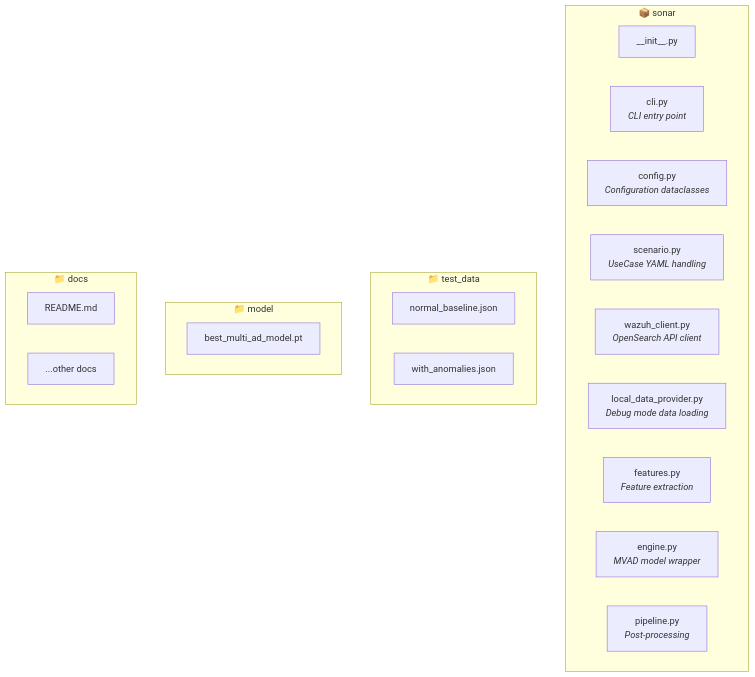
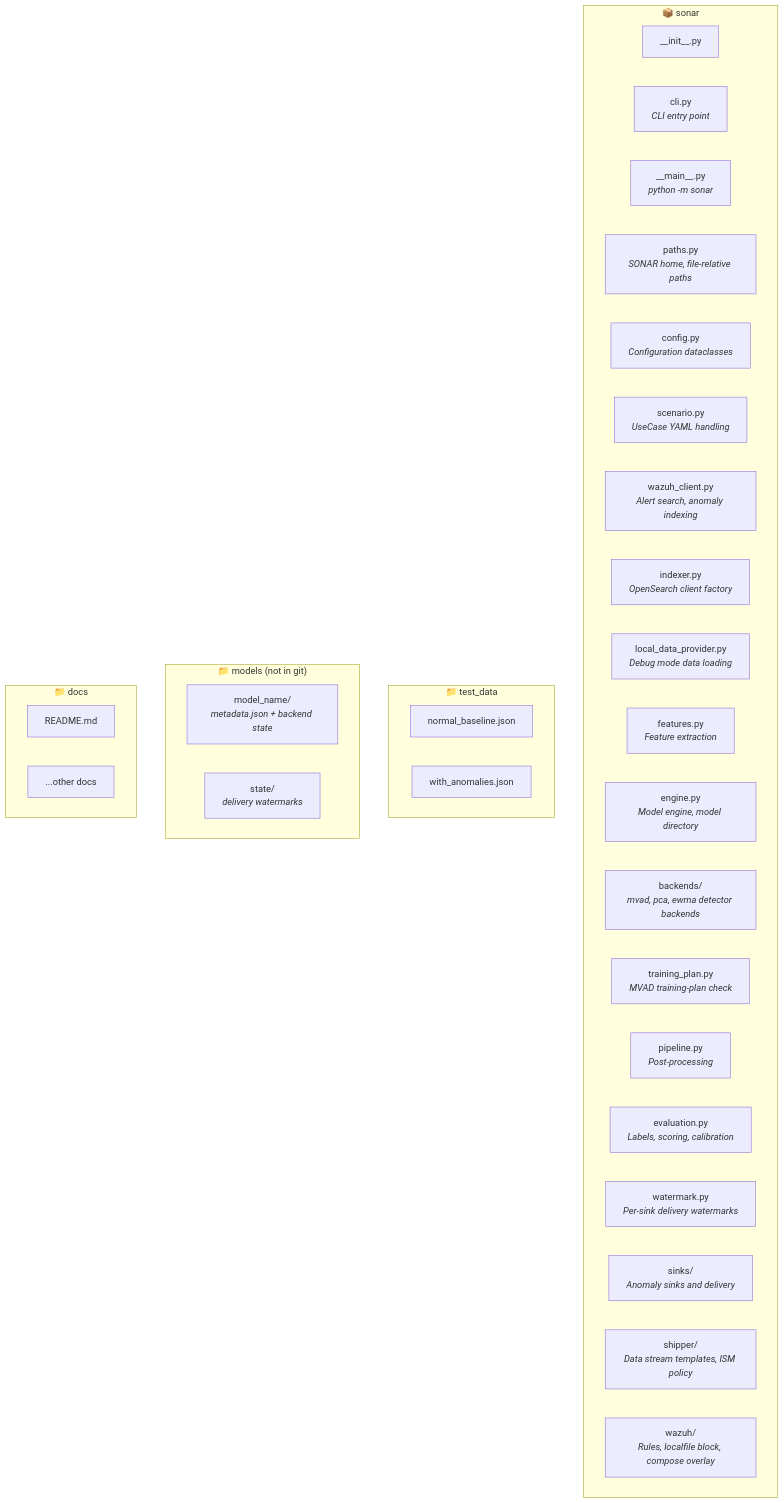
Before and after one commit to AbstractionsLab/idps-escape: the eighth of 9 diagrams in docs/manual/sonar_docs/uml-diagrams.md, drawn with Mermaid. The commit also changed other lines of this file and 682 other files, not shown here.

````diff
--- a/docs/manual/sonar_docs/uml-diagrams.md
+++ b/docs/manual/sonar_docs/uml-diagrams.md
@@ -546,28 +826,39 @@
 ```mermaid
 graph TB
     subgraph sonar["📦 sonar"]
         init["__init__.py"]
         cli["cli.py<br/><i>CLI entry point</i>"]
+        main["__main__.py<br/><i>python -m sonar</i>"]
+        paths["paths.py<br/><i>SONAR home, file-relative paths</i>"]
         config["config.py<br/><i>Configuration dataclasses</i>"]
         scenario["scenario.py<br/><i>UseCase YAML handling</i>"]
-        wazuh["wazuh_client.py<br/><i>OpenSearch API client</i>"]
+        wazuh["wazuh_client.py<br/><i>Alert search, anomaly indexing</i>"]
+        indexer["indexer.py<br/><i>OpenSearch client factory</i>"]
         local["local_data_provider.py<br/><i>Debug mode data loading</i>"]
         features["features.py<br/><i>Feature extraction</i>"]
-        engine["engine.py<br/><i>MVAD model wrapper</i>"]
+        engine["engine.py<br/><i>Model engine, model directory</i>"]
+        backends["backends/<br/><i>mvad, pca, ewma detector backends</i>"]
+        training_plan["training_plan.py<br/><i>MVAD training-plan check</i>"]
         pipeline["pipeline.py<br/><i>Post-processing</i>"]
+        evaluation["evaluation.py<br/><i>Labels, scoring, calibration</i>"]
+        watermark["watermark.py<br/><i>Per-sink delivery watermarks</i>"]
+        sinks["sinks/<br/><i>Anomaly sinks and delivery</i>"]
+        shipper["shipper/<br/><i>Data stream templates, ISM policy</i>"]
+        wazuhdir["wazuh/<br/><i>Rules, localfile block, compose overlay</i>"]
     end
 
     subgraph test_data["📁 test_data"]
         normal["normal_baseline.json"]
         anomalies["with_anomalies.json"]
     end
 
-    subgraph model["📁 model"]
-        model_file["best_multi_ad_model.pt"]
+    subgraph models["📁 models (not in git)"]
+        model_dir["model_name/<br/><i>metadata.json + backend state</i>"]
+        state_dir["state/<br/><i>delivery watermarks</i>"]
     end
 
     subgraph docs["📁 docs"]
         readme["README.md"]
         other["...other docs"]
     end
 ```
````
